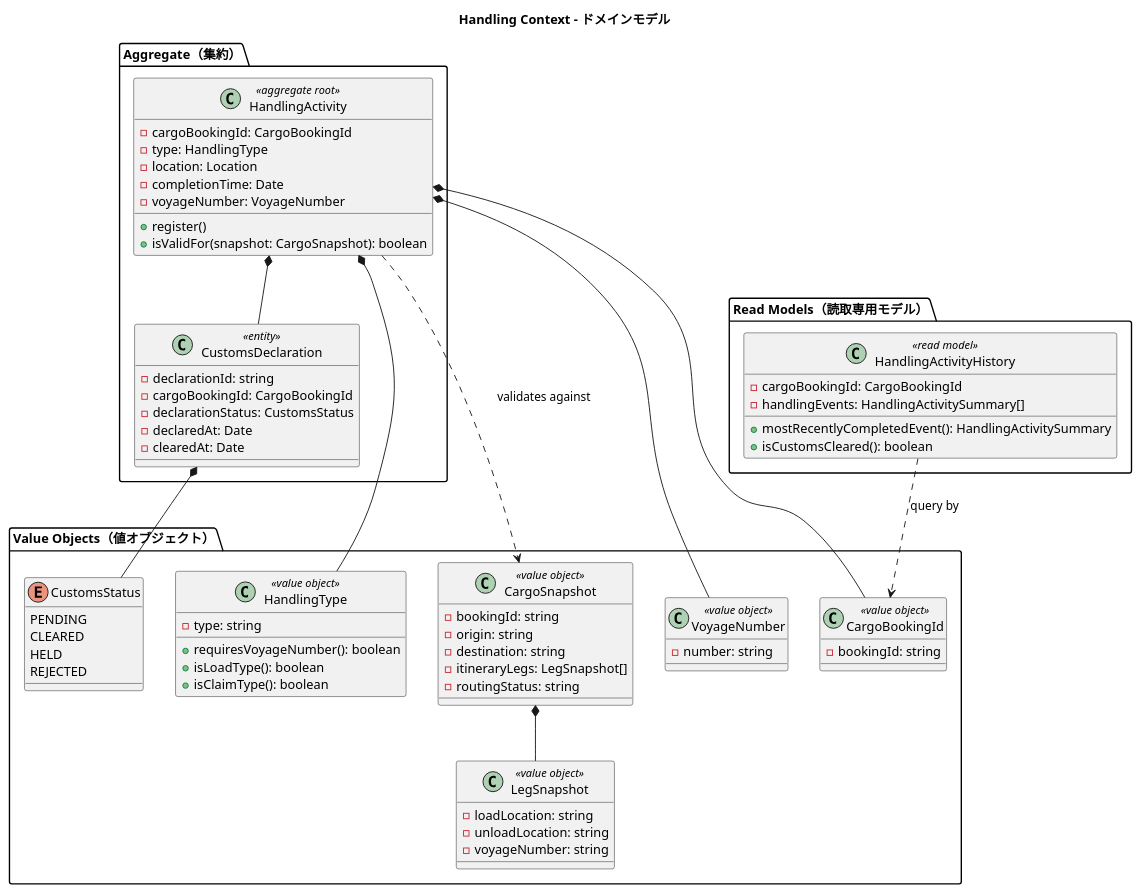
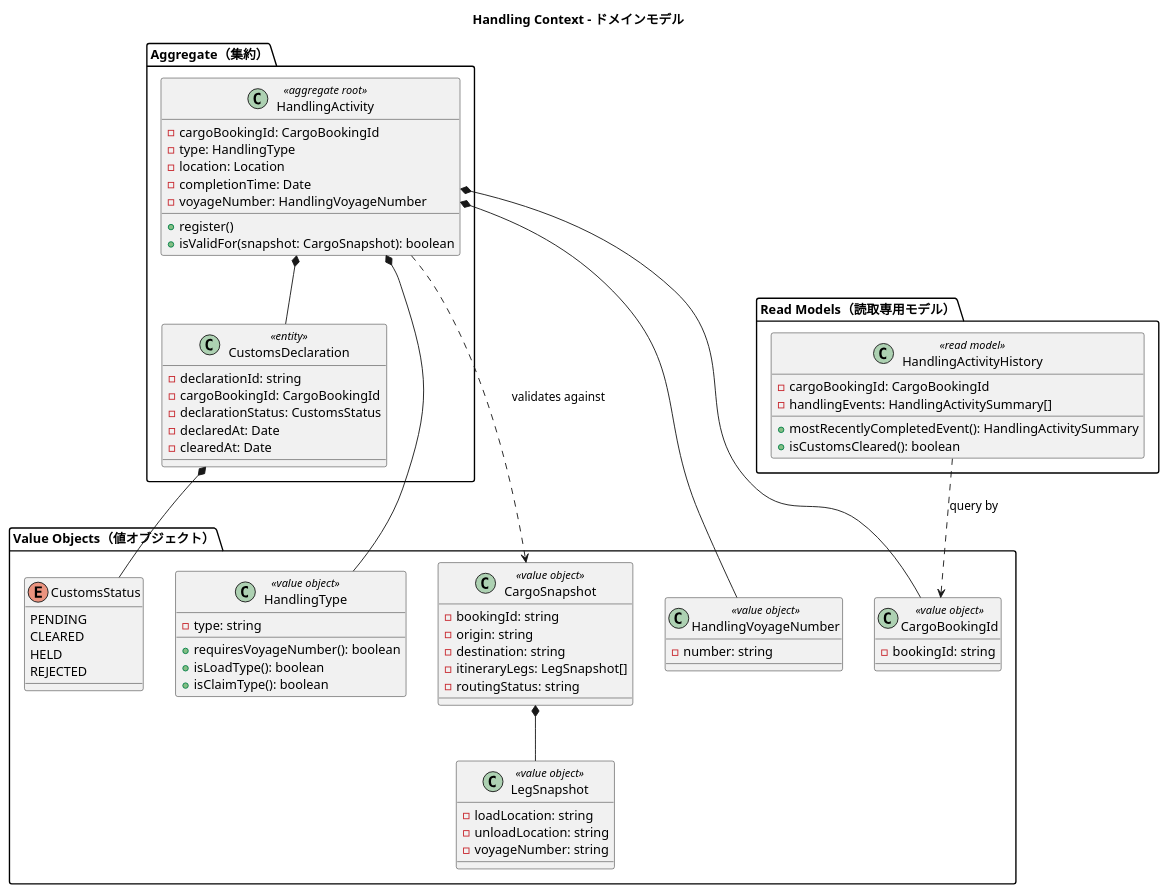
The seventh of 11 diagrams in docs/design/domain-model.md (k2works/case-study-cargo-tracker), drawn with PlantUML before and after one commit. The commit also changed other lines of this file and 4 other files, not shown here.

````diff
--- a/docs/design/domain-model.md
+++ b/docs/design/domain-model.md
@@ -767,76 +779,76 @@
 ```plantuml
 @startuml
 title Handling Context - ドメインモデル
 
 package "Aggregate（集約）" {
   class HandlingActivity <<aggregate root>> {
     -cargoBookingId: CargoBookingId
     -type: HandlingType
     -location: Location
     -completionTime: Date
-    -voyageNumber: VoyageNumber
+    -voyageNumber: HandlingVoyageNumber
     +register()
     +isValidFor(snapshot: CargoSnapshot): boolean
   }
   class CustomsDeclaration <<entity>> {
     -declarationId: string
     -cargoBookingId: CargoBookingId
     -declarationStatus: CustomsStatus
     -declaredAt: Date
     -clearedAt: Date
   }
 }
 
 package "Value Objects（値オブジェクト）" {
   class CargoBookingId <<value object>> {
     -bookingId: string
   }
   class HandlingType <<value object>> {
     -type: string
     +requiresVoyageNumber(): boolean
     +isLoadType(): boolean
     +isClaimType(): boolean
   }
   class CargoSnapshot <<value object>> {
     -bookingId: string
     -origin: string
     -destination: string
     -itineraryLegs: LegSnapshot[]
     -routingStatus: string
   }
   class LegSnapshot <<value object>> {
     -loadLocation: string
     -unloadLocation: string
     -voyageNumber: string
   }
-  class VoyageNumber <<value object>> {
+  class HandlingVoyageNumber <<value object>> {
     -number: string
   }
   enum CustomsStatus {
     PENDING
     CLEARED
     HELD
     REJECTED
   }
 }
 
 package "Read Models（読取専用モデル）" {
   class HandlingActivityHistory <<read model>> {
     -cargoBookingId: CargoBookingId
     -handlingEvents: HandlingActivitySummary[]
     +mostRecentlyCompletedEvent(): HandlingActivitySummary
     +isCustomsCleared(): boolean
   }
 }
 
 HandlingActivity *-- CargoBookingId
 HandlingActivity *-- HandlingType
-HandlingActivity *-- VoyageNumber
+HandlingActivity *-- HandlingVoyageNumber
 HandlingActivity ..> CargoSnapshot : validates against
 HandlingActivity *-- CustomsDeclaration
 CargoSnapshot *-- LegSnapshot
 CustomsDeclaration *-- CustomsStatus
 HandlingActivityHistory ..> CargoBookingId : query by
 
 @enduml
 ```
````
